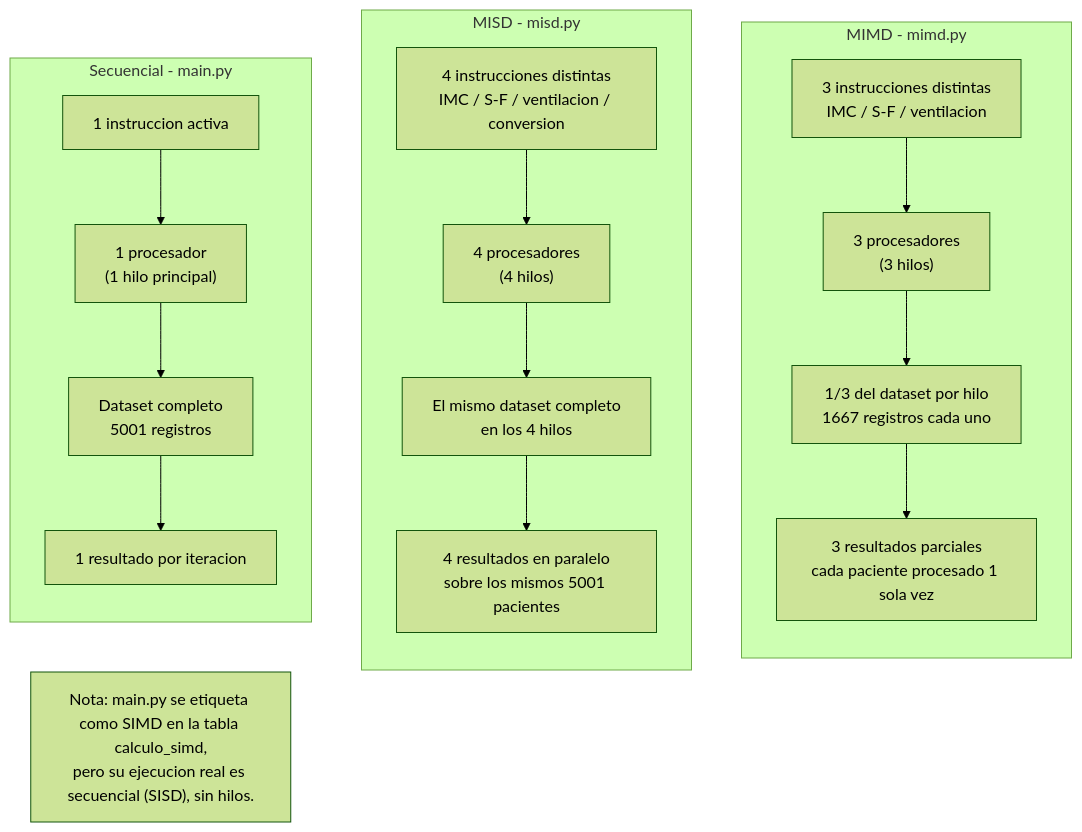
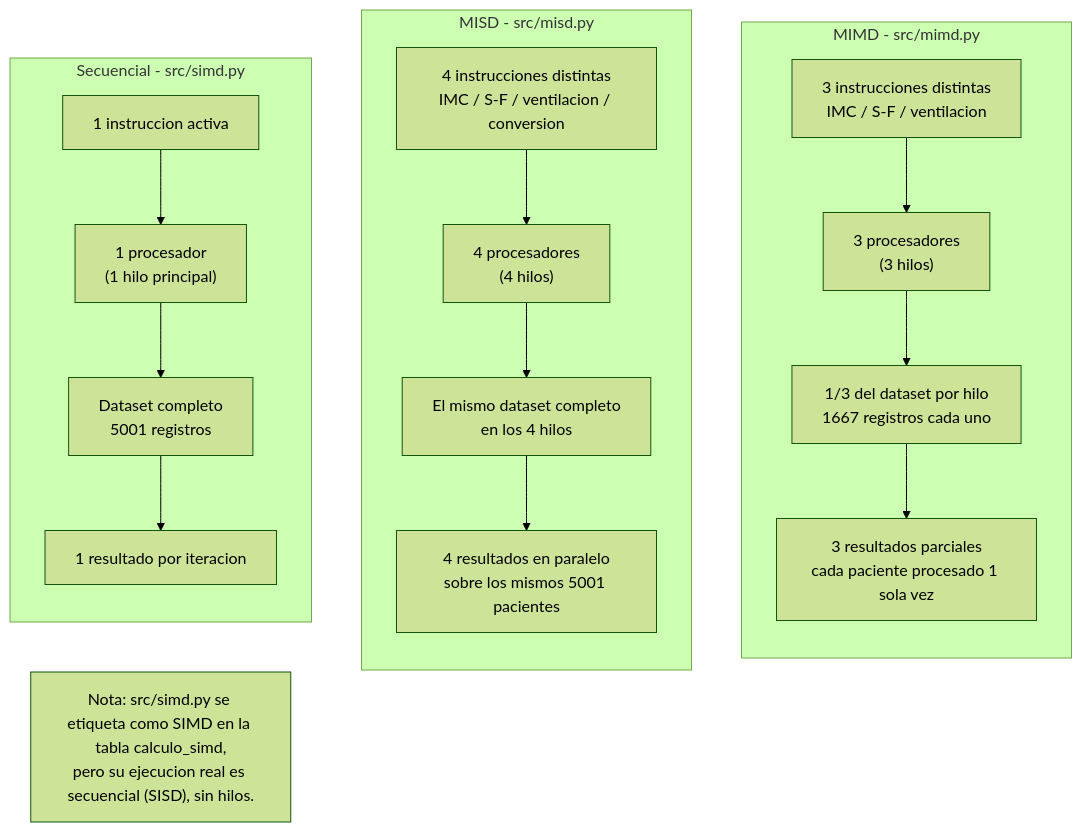
One commit to DTiupul/Proyecto_Computacion_Paralela changed the fifth of 7 diagrams in diagramas/README.md. Above: the diagram before and after it, drawn with Mermaid (forest theme). The commit also changed other lines of this file and 22 other files, not shown here.

````diff
--- a/diagramas/README.md
+++ b/diagramas/README.md
@@ -192,28 +192,28 @@
 ```mermaid
 flowchart LR
-    subgraph SISD["Secuencial - main.py"]
+    subgraph SISD["Secuencial - src/simd.py"]
         direction TB
         S1["1 instruccion activa"] --> S2["1 procesador<br/>(1 hilo principal)"]
         S2 --> S3["Dataset completo<br/>5001 registros"]
         S3 --> S4["1 resultado por iteracion"]
     end
 
-    subgraph MISD_A["MISD - misd.py"]
+    subgraph MISD_A["MISD - src/misd.py"]
         direction TB
         M1["4 instrucciones distintas<br/>IMC / S-F / ventilacion / conversion"] --> M2["4 procesadores<br/>(4 hilos)"]
         M2 --> M3["El mismo dataset completo<br/>en los 4 hilos"]
         M3 --> M4["4 resultados en paralelo<br/>sobre los mismos 5001 pacientes"]
     end
 
-    subgraph MIMD_A["MIMD - mimd.py"]
+    subgraph MIMD_A["MIMD - src/mimd.py"]
         direction TB
         D1["3 instrucciones distintas<br/>IMC / S-F / ventilacion"] --> D2["3 procesadores<br/>(3 hilos)"]
         D2 --> D3["1/3 del dataset por hilo<br/>1667 registros cada uno"]
         D3 --> D4["3 resultados parciales<br/>cada paciente procesado 1 sola vez"]
     end
 
     SISD ~~~ MISD_A
     MISD_A ~~~ MIMD_A
 
-    NOTE["Nota: main.py se etiqueta como SIMD en la tabla calculo_simd,<br/>pero su ejecucion real es secuencial (SISD), sin hilos."]
+    NOTE["Nota: src/simd.py se etiqueta como SIMD en la tabla calculo_simd,<br/>pero su ejecucion real es secuencial (SISD), sin hilos."]
 ```
````
